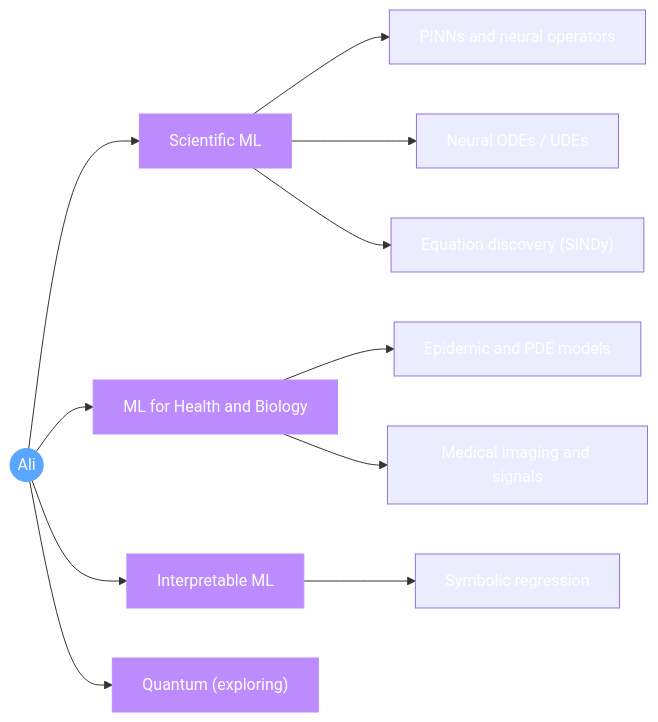
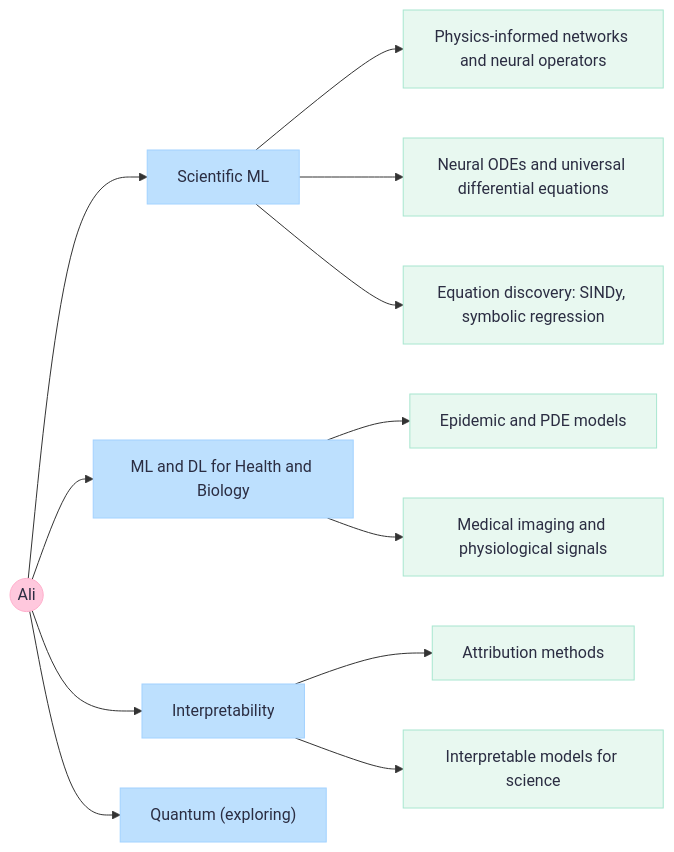
Before and after one commit to Li11z/Li11z: the diagram in README.md, drawn with Mermaid. The commit also changed other lines of this file and 10 other files, not shown here.

````diff
--- a/README.md
+++ b/README.md
@@ -29,17 +29,20 @@
 ```mermaid
 flowchart LR
     A(("Ali")) --> C["Scientific ML"]
-    A --> D["ML for Health and Biology"]
-    A --> I["Interpretable ML"]
+    A --> D["ML and DL for Health and Biology"]
+    A --> I["Interpretability"]
     A --> Q["Quantum (exploring)"]
-    C --> C1["PINNs and neural operators"]
-    C --> C2["Neural ODEs / UDEs"]
-    C --> C3["Equation discovery (SINDy)"]
+    C --> C1["Physics-informed networks and neural operators"]
+    C --> C2["Neural ODEs and universal differential equations"]
+    C --> C3["Equation discovery: SINDy, symbolic regression"]
     D --> D1["Epidemic and PDE models"]
-    D --> D2["Medical imaging and signals"]
-    I --> I1["Symbolic regression"]
-    classDef root fill:#58A6FF,stroke:#58A6FF,color:#ffffff
-    classDef area fill:#BC8CFF,stroke:#BC8CFF,color:#ffffff
+    D --> D2["Medical imaging and physiological signals"]
+    I --> I1["Attribution methods"]
+    I --> I2["Interpretable models for science"]
+    classDef root fill:#FFC8DD,stroke:#FFAFCC,color:#2B2D42
+    classDef area fill:#BDE0FE,stroke:#A2D2FF,color:#2B2D42
+    classDef leaf fill:#E8F8F0,stroke:#A8E6CF,color:#2B2D42
     class A root
     class C,D,I,Q area
+    class C1,C2,C3,D1,D2,I1,I2 leaf
 ```
````
